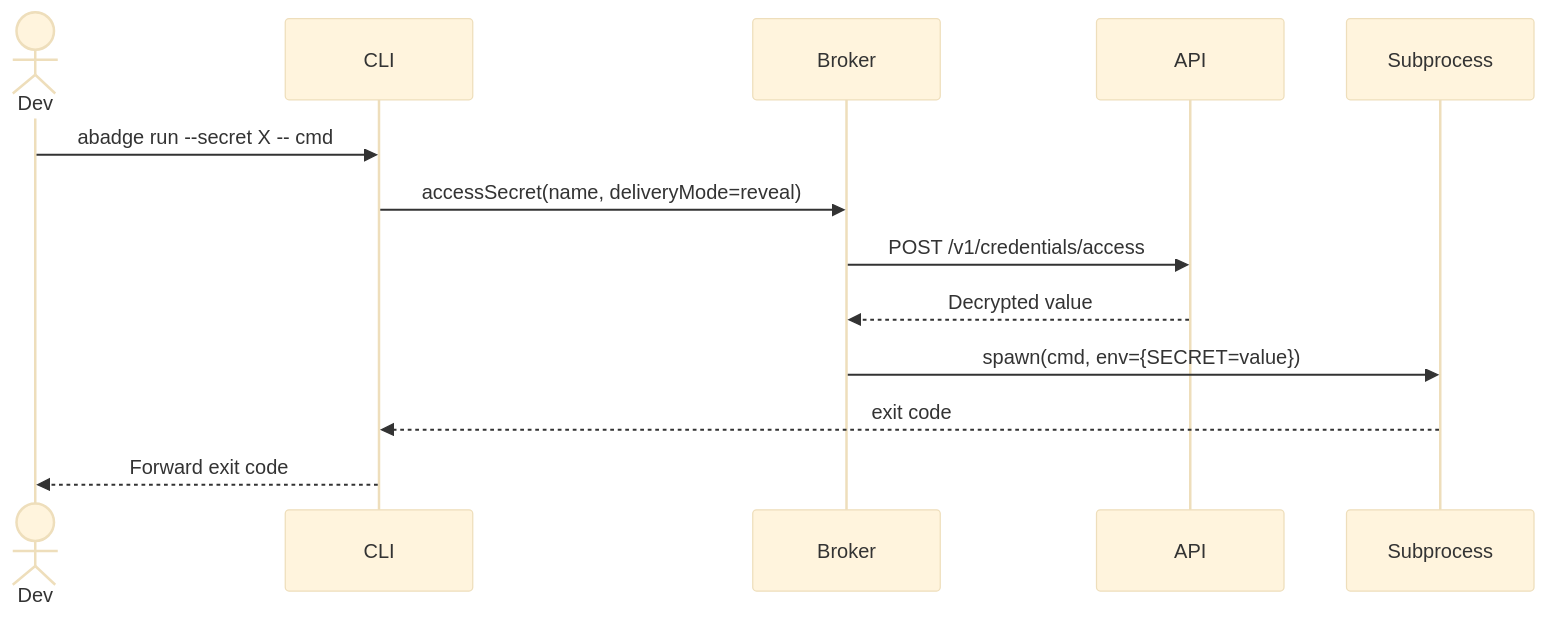
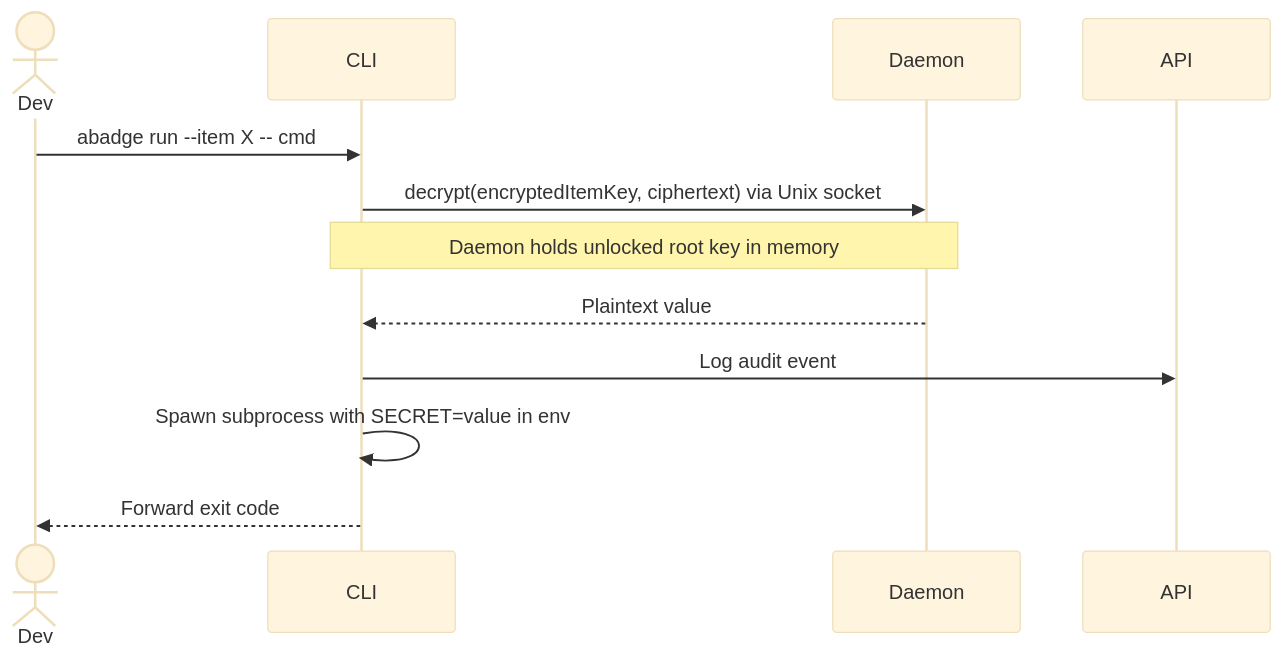
Before and after one commit to punitarani/abadge: the sixth of 9 diagrams in docs/ARCHITECTURE.md, drawn with Mermaid (base theme). The commit also changed other lines of this file and 35 other files, not shown here.

````diff
--- a/docs/ARCHITECTURE.md
+++ b/docs/ARCHITECTURE.md
@@ -333,16 +324,15 @@
 ```mermaid
 sequenceDiagram
   actor Dev
   participant CLI
-  participant Broker
+  participant Daemon
   participant API
-  participant Subprocess
 
-  Dev->>CLI: abadge run --secret X -- cmd
-  CLI->>Broker: accessSecret(name, deliveryMode=reveal)
-  Broker->>API: POST /v1/credentials/access
-  API-->>Broker: Decrypted value
-  Broker->>Subprocess: spawn(cmd, env={SECRET=value})
-  Subprocess-->>CLI: exit code
+  Dev->>CLI: abadge run --item X -- cmd
+  CLI->>Daemon: decrypt(encryptedItemKey, ciphertext) via Unix socket
+  Note over CLI,Daemon: Daemon holds unlocked root key in memory
+  Daemon-->>CLI: Plaintext value
+  CLI->>API: Log audit event
+  CLI->>CLI: Spawn subprocess with SECRET=value in env
   CLI-->>Dev: Forward exit code
 ```
````
